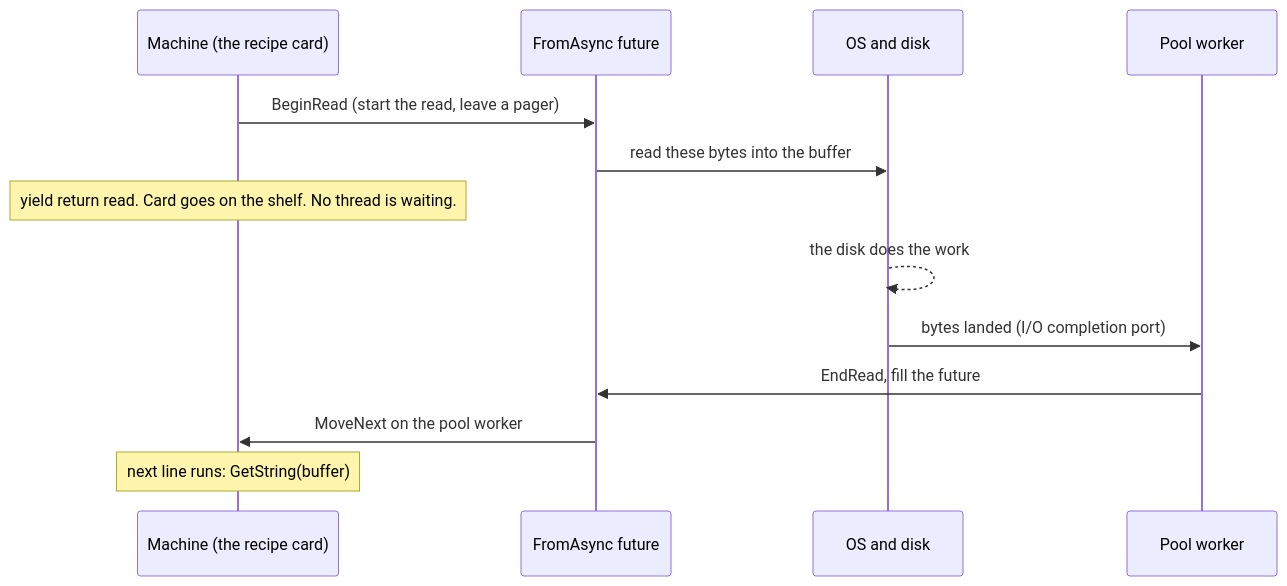
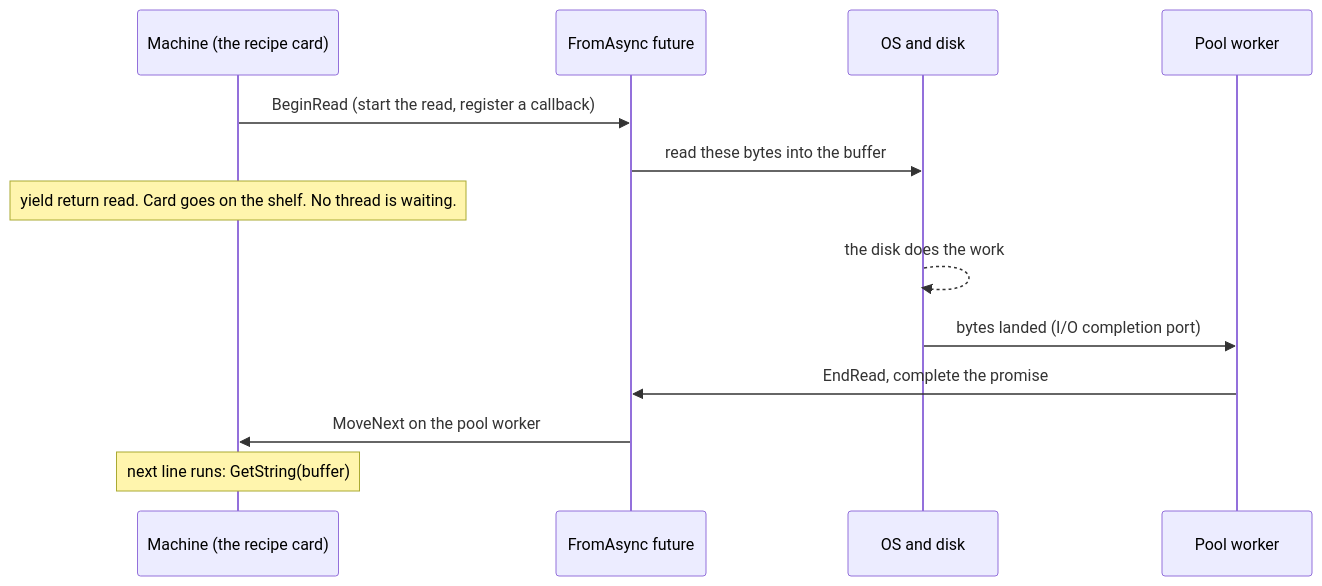
One commit to mmpworks/MMP.AsyncProxy changed the third of 3 diagrams in docs/course/06-threads-vs-the-machine.md. Above: the diagram before and after it, drawn with Mermaid. The commit also changed other lines of this file and 15 other files, not shown here.

````diff
--- a/docs/course/06-threads-vs-the-machine.md
+++ b/docs/course/06-threads-vs-the-machine.md
@@ -268,15 +281,15 @@
 ```mermaid
 sequenceDiagram
     participant M as Machine (the recipe card)
     participant F as FromAsync future
     participant OS as OS and disk
     participant P as Pool worker
-    M->>F: BeginRead (start the read, leave a pager)
+    M->>F: BeginRead (start the read, register a callback)
     F->>OS: read these bytes into the buffer
     Note over M: yield return read. Card goes on the shelf. No thread is waiting.
     OS-->>OS: the disk does the work
     OS->>P: bytes landed (I/O completion port)
-    P->>F: EndRead, fill the future
+    P->>F: EndRead, complete the promise
     F->>M: MoveNext on the pool worker
     Note over M: next line runs: GetString(buffer)
 ```
````
